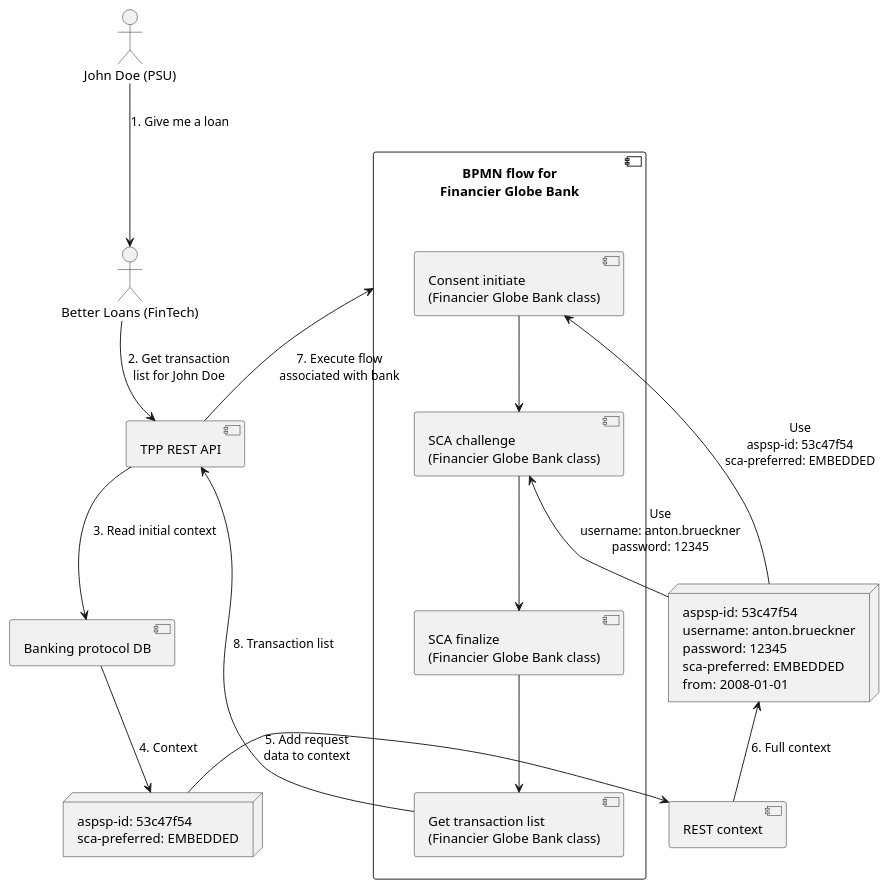
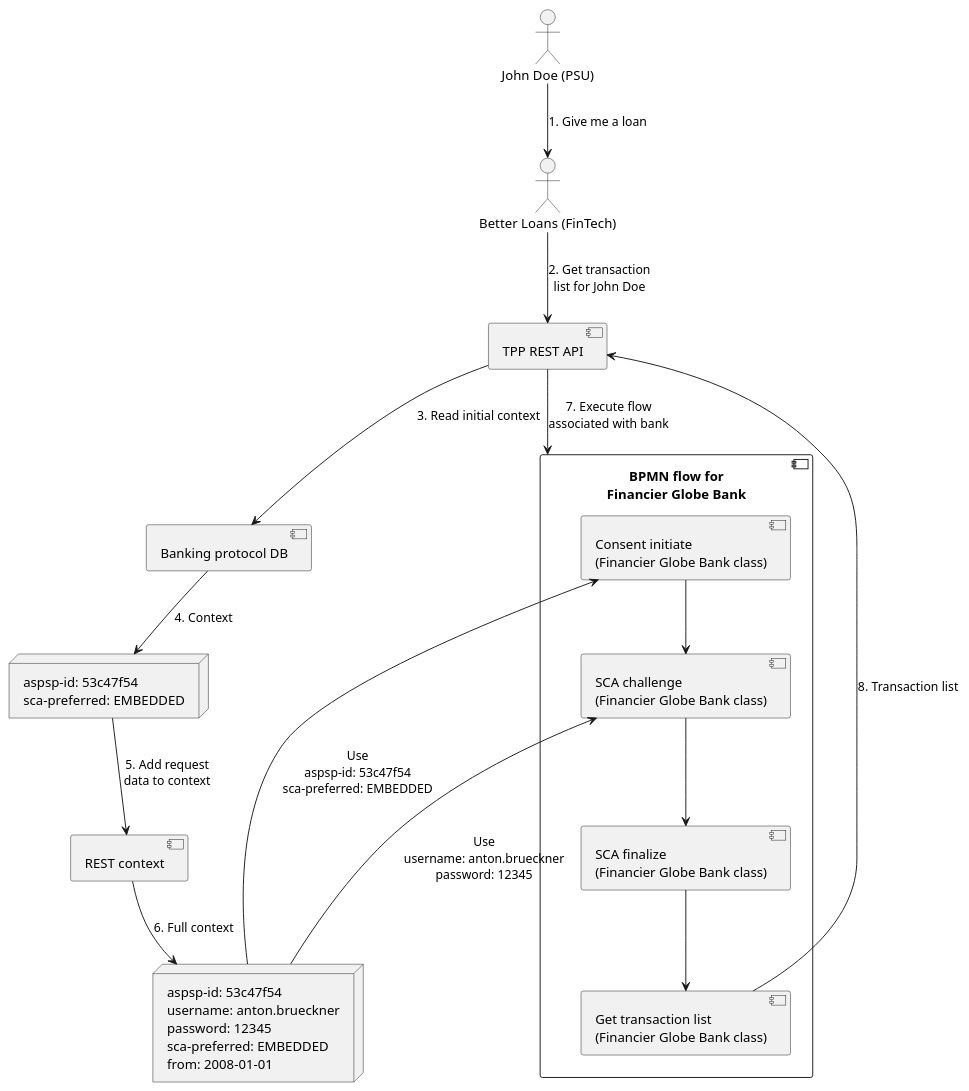
Before and after one commit to adorsys/open-banking-gateway: the diagram in core/architecture/parameter_flow.puml, drawn with PlantUML. The commit also changed 1 other file, not shown here.

```diff
--- a/core/architecture/parameter_flow.puml
+++ b/core/architecture/parameter_flow.puml
@@ -1,45 +1,44 @@
 @startuml
-
 actor "Better Loans (FinTech)" as FinTech
 actor "John Doe (PSU)" as PSU
 
 component "TPP REST API" as api
 component "REST context" as restContext
 
 component "Banking protocol DB" as db
 
 node initialContext  [
     aspsp-id: 53c47f54
     sca-preferred: EMBEDDED
 ]
 
 node requestContext [
     aspsp-id: 53c47f54
     username: anton.brueckner
     password: 12345
     sca-preferred: EMBEDDED
     from: 2008-01-01
 ]
 
 component "BPMN flow for\nFinancier Globe Bank" as bpmn {
     component "Consent initiate\n(Financier Globe Bank class)" as initiate
     component "SCA challenge\n(Financier Globe Bank class)" as challenge
     component "SCA finalize\n(Financier Globe Bank class)" as finalize
     component "Get transaction list\n(Financier Globe Bank class)" as txList
 
     initiate -down-> challenge
     challenge -down-> finalize
     finalize -down-> txList
 }
 
 PSU -down-> FinTech : 1. Give me a loan
 FinTech -down-> api : 2. Get transaction\nlist for John Doe
 api -down-> db : 3. Read initial context
 db -down-> initialContext : 4. Context
-initialContext -right-> restContext : 5. Add request\ndata to context
-restContext -up-> requestContext : 6. Full context
+initialContext -down-> restContext : 5. Add request\ndata to context
+restContext -down-> requestContext : 6. Full context
 api -down-> bpmn : 7. Execute flow\nassociated with bank
 initiate <-- requestContext : Use\naspsp-id: 53c47f54\nsca-preferred: EMBEDDED
 challenge <-- requestContext : Use\nusername: anton.brueckner\npassword: 12345
 txList --> api : 8. Transaction list
 @enduml
```
